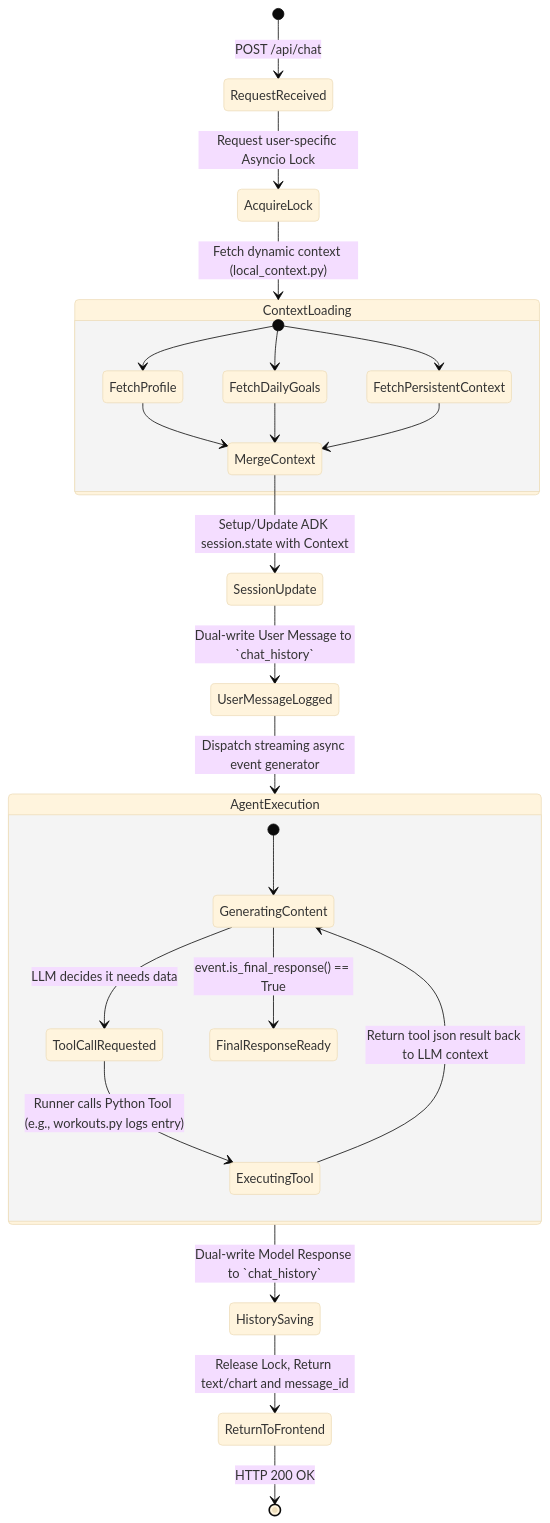
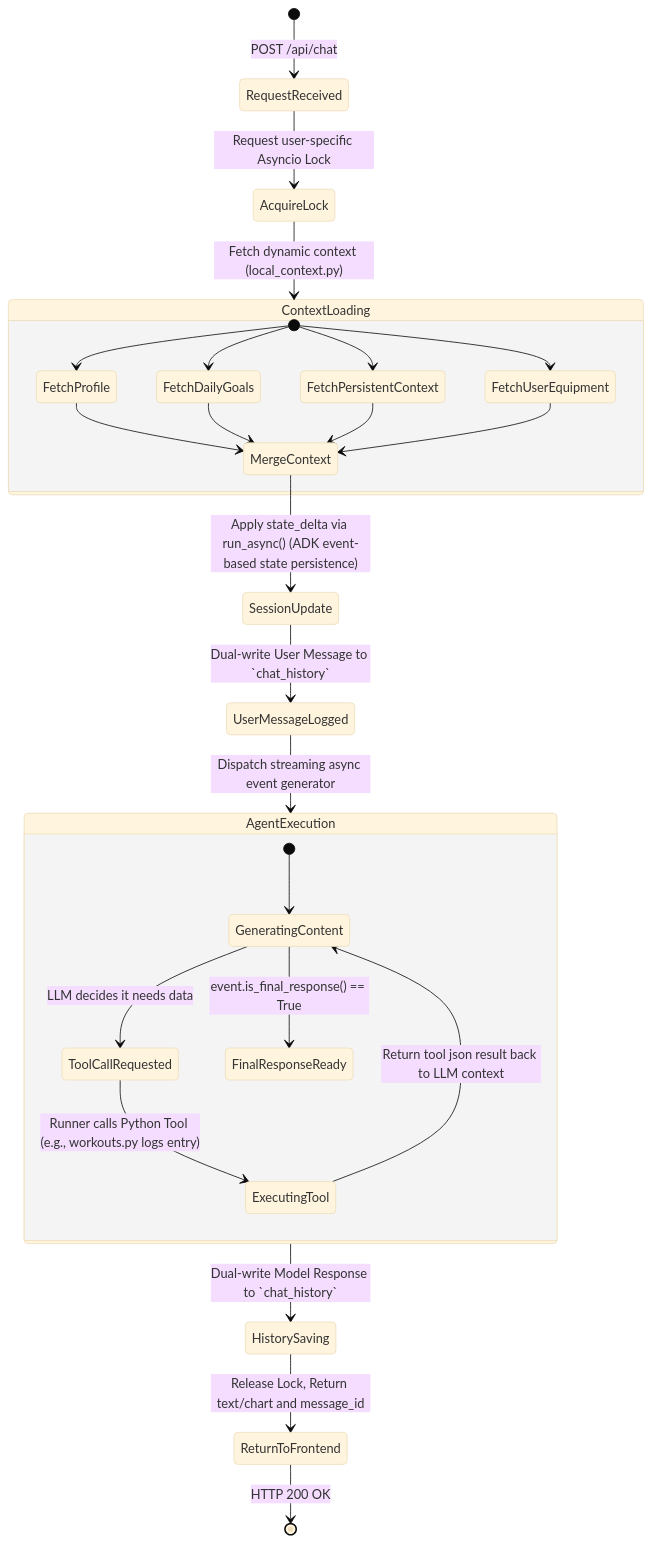
One commit to zi-crypto/nutrisync changed the third of 7 diagrams in system_docs/state_diagrams.md. Above: the diagram before and after it, drawn with Mermaid (base theme). The commit also changed other lines of this file and 2 other files, not shown here.

Commit message:
docs: update system docs for equipment feature + state_delta fix
- architecture.md: Context Service fetches equipment in parallel,
  runners.py uses state_delta, DB layer lists user_equipment table
- SRS.md: onboarding includes chip UI (72+ presets), FR-CHAT-01
  documents state_delta injection, user_equipment entity added
- state_diagrams.md: onboarding step mentions equipment chips,
  AI agent context loading includes FetchUserEquipment in parallel,
  session update uses state_delta via run_async()

````diff
--- a/system_docs/state_diagrams.md
+++ b/system_docs/state_diagrams.md
@@ -87,34 +87,36 @@
 ```mermaid
 stateDiagram-v2
   [*] --> RequestReceived : POST /api/chat
 
   RequestReceived --> AcquireLock : Request user-specific Asyncio Lock
   AcquireLock --> ContextLoading : Fetch dynamic context (local_context.py)
   
   state ContextLoading {
      [*] --> FetchProfile
      [*] --> FetchDailyGoals
      [*] --> FetchPersistentContext
+     [*] --> FetchUserEquipment
      FetchProfile --> MergeContext
      FetchDailyGoals --> MergeContext
      FetchPersistentContext --> MergeContext
+     FetchUserEquipment --> MergeContext
   }
   
-  MergeContext --> SessionUpdate : Setup/Update ADK session.state with Context
+  MergeContext --> SessionUpdate : Apply state_delta via run_async() (ADK event-based state persistence)
   SessionUpdate --> UserMessageLogged : Dual-write User Message to `chat_history`
   
   UserMessageLogged --> AgentExecution : Dispatch streaming async event generator
   
   state AgentExecution {
     [*] --> GeneratingContent
     GeneratingContent --> ToolCallRequested : LLM decides it needs data
     ToolCallRequested --> ExecutingTool : Runner calls Python Tool (e.g., workouts.py logs entry)
     ExecutingTool --> GeneratingContent : Return tool json result back to LLM context
     GeneratingContent --> FinalResponseReady : event.is_final_response() == True
   }
 
   AgentExecution --> HistorySaving : Dual-write Model Response to `chat_history`
   
   HistorySaving --> ReturnToFrontend : Release Lock, Return text/chart and message_id
   ReturnToFrontend --> [*] : HTTP 200 OK
 ```
````
